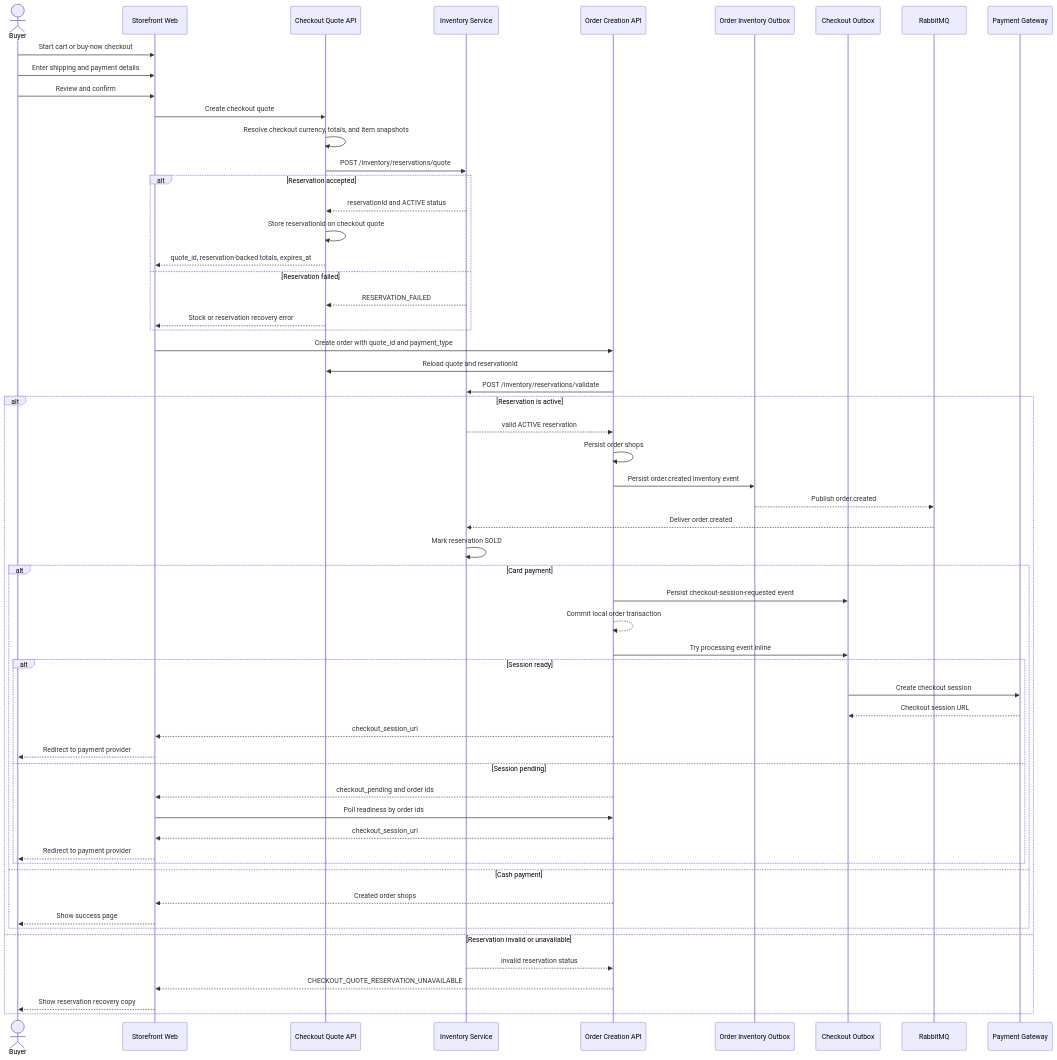
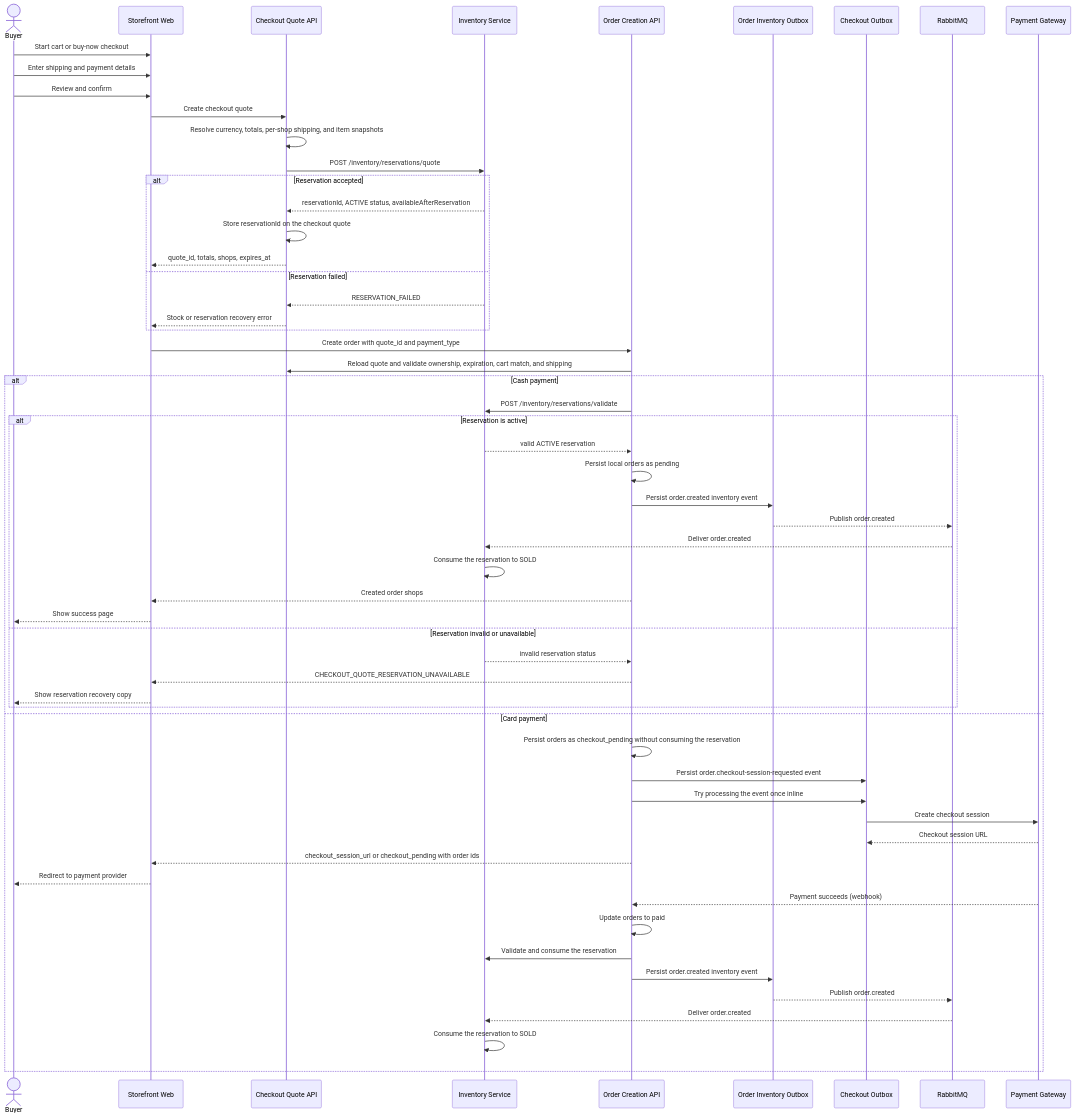
One commit to dauphaihau-arc/arc changed the second of 2 diagrams in docs/features/checkout/flow.md. Above: the diagram before and after it, drawn with Mermaid. The commit also changed other lines of this file and 19 other files, not shown here.

Commit message:
docs(checkout): align checkout flows with implemented API contracts

````diff
--- a/docs/features/checkout/flow.md
+++ b/docs/features/checkout/flow.md
@@ -56,62 +65,62 @@
 ```mermaid
 sequenceDiagram
     actor Buyer
     participant Web as Storefront Web
     participant Quote as Checkout Quote API
     participant Inventory as Inventory Service
     participant Order as Order Creation API
     participant InventoryOutbox as Order Inventory Outbox
     participant CheckoutOutbox as Checkout Outbox
     participant RabbitMQ
     participant Payment as Payment Gateway
 
     Buyer->>Web: Start cart or buy-now checkout
     Buyer->>Web: Enter shipping and payment details
     Buyer->>Web: Review and confirm
     Web->>Quote: Create checkout quote
-    Quote->>Quote: Resolve checkout currency, totals, and item snapshots
+    Quote->>Quote: Resolve currency, totals, per-shop shipping, and item snapshots
     Quote->>Inventory: POST /inventory/reservations/quote
     alt Reservation accepted
-        Inventory-->>Quote: reservationId and ACTIVE status
-        Quote->>Quote: Store reservationId on checkout quote
-        Quote-->>Web: quote_id, reservation-backed totals, expires_at
+        Inventory-->>Quote: reservationId, ACTIVE status, availableAfterReservation
+        Quote->>Quote: Store reservationId on the checkout quote
+        Quote-->>Web: quote_id, totals, shops, expires_at
     else Reservation failed
         Inventory-->>Quote: RESERVATION_FAILED
         Quote-->>Web: Stock or reservation recovery error
     end
 
     Web->>Order: Create order with quote_id and payment_type
-    Order->>Quote: Reload quote and reservationId
-    Order->>Inventory: POST /inventory/reservations/validate
-    alt Reservation is active
-        Inventory-->>Order: valid ACTIVE reservation
-        Order->>Order: Persist order shops
+    Order->>Quote: Reload quote and validate ownership, expiration, cart match, and shipping
+    alt Cash payment
+        Order->>Inventory: POST /inventory/reservations/validate
+        alt Reservation is active
+            Inventory-->>Order: valid ACTIVE reservation
+            Order->>Order: Persist local orders as pending
+            Order->>InventoryOutbox: Persist order.created inventory event
+            InventoryOutbox-->>RabbitMQ: Publish order.created
+            RabbitMQ-->>Inventory: Deliver order.created
+            Inventory->>Inventory: Consume the reservation to SOLD
+            Order-->>Web: Created order shops
+            Web-->>Buyer: Show success page
+        else Reservation invalid or unavailable
+            Inventory-->>Order: invalid reservation status
+            Order-->>Web: CHECKOUT_QUOTE_RESERVATION_UNAVAILABLE
+            Web-->>Buyer: Show reservation recovery copy
+        end
+    else Card payment
+        Order->>Order: Persist orders as checkout_pending without consuming the reservation
+        Order->>CheckoutOutbox: Persist order.checkout-session-requested event
+        Order->>CheckoutOutbox: Try processing the event once inline
+        CheckoutOutbox->>Payment: Create checkout session
+        Payment-->>CheckoutOutbox: Checkout session URL
+        Order-->>Web: checkout_session_url or checkout_pending with order ids
+        Web-->>Buyer: Redirect to payment provider
+        Payment-->>Order: Payment succeeds (webhook)
+        Order->>Order: Update orders to paid
+        Order->>Inventory: Validate and consume the reservation
         Order->>InventoryOutbox: Persist order.created inventory event
         InventoryOutbox-->>RabbitMQ: Publish order.created
         RabbitMQ-->>Inventory: Deliver order.created
-        Inventory->>Inventory: Mark reservation SOLD
-        alt Card payment
-            Order->>CheckoutOutbox: Persist checkout-session-requested event
-            Order-->>Order: Commit local order transaction
-            Order->>CheckoutOutbox: Try processing event inline
-            alt Session ready
-                CheckoutOutbox->>Payment: Create checkout session
-                Payment-->>CheckoutOutbox: Checkout session URL
-                Order-->>Web: checkout_session_url
-                Web-->>Buyer: Redirect to payment provider
-            else Session pending
-                Order-->>Web: checkout_pending and order ids
-                Web->>Order: Poll readiness by order ids
-                Order-->>Web: checkout_session_url
-                Web-->>Buyer: Redirect to payment provider
-            end
-        else Cash payment
-            Order-->>Web: Created order shops
-            Web-->>Buyer: Show success page
-        end
-    else Reservation invalid or unavailable
-        Inventory-->>Order: invalid reservation status
-        Order-->>Web: CHECKOUT_QUOTE_RESERVATION_UNAVAILABLE
-        Web-->>Buyer: Show reservation recovery copy
+        Inventory->>Inventory: Consume the reservation to SOLD
     end
 ```
````
